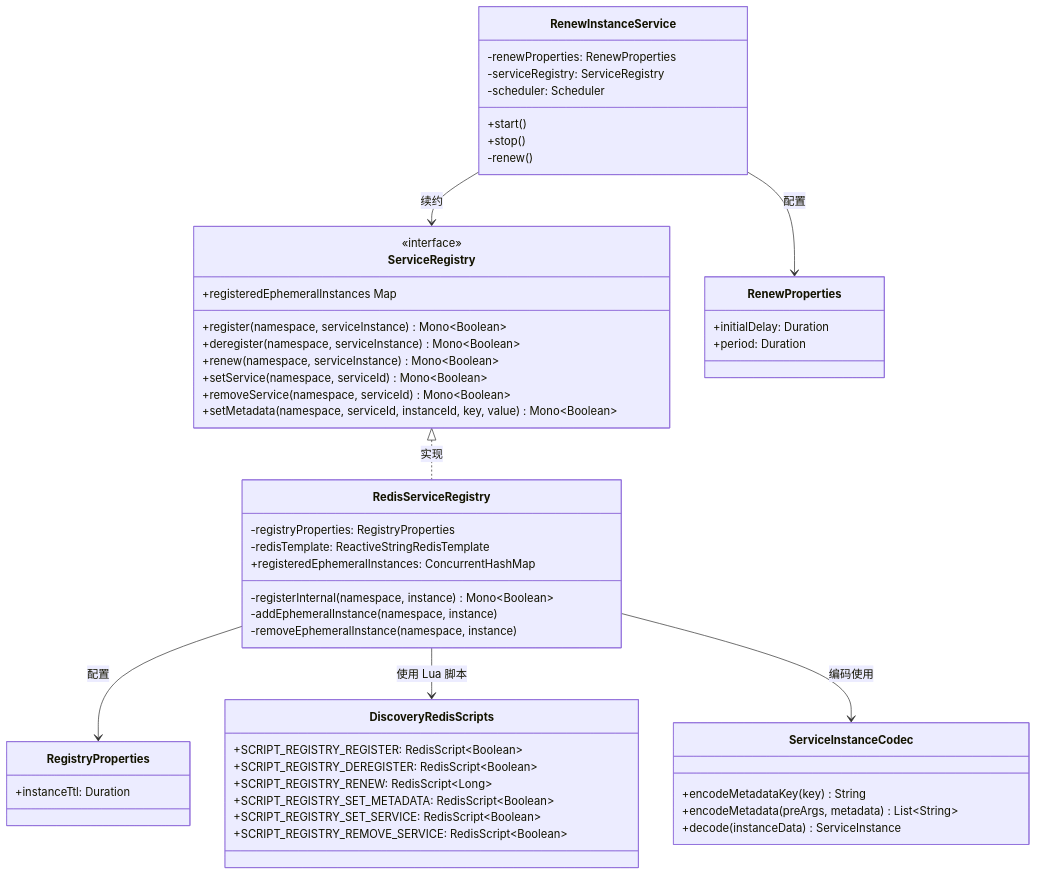
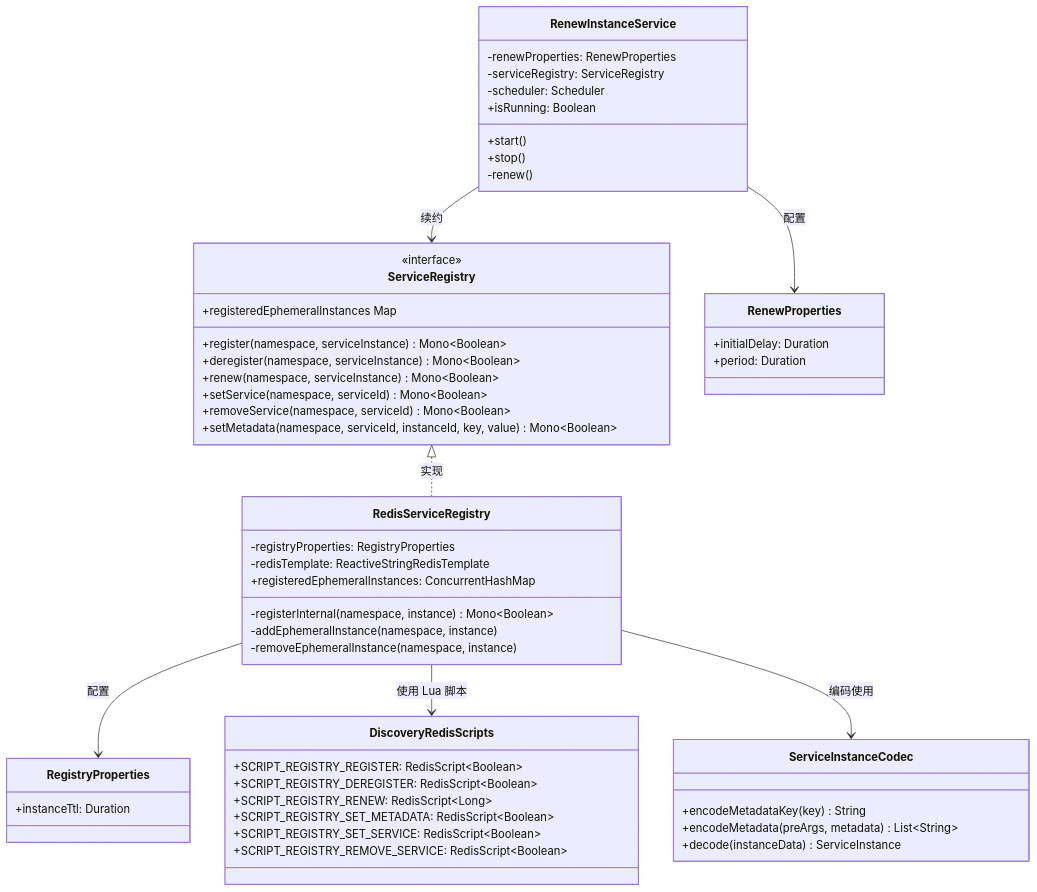
Before and after one commit to Ahoo-Wang/CoSky: the fourth of 4 diagrams in wiki/zh/guide/service-registry.md, drawn with Mermaid. The commit also changed other lines of this file and 201 other files, not shown here.

First line of the commit message:
Architecture & quality overhaul: consistent caches, Lua modularization, expiry reaping, security hardening (#985)

````diff
--- a/wiki/zh/guide/service-registry.md
+++ b/wiki/zh/guide/service-registry.md
@@ -222,56 +247,57 @@
 ```mermaid
 classDiagram
     class ServiceRegistry {
         <<interface>>
         +register(namespace, serviceInstance) Mono~Boolean~
         +deregister(namespace, serviceInstance) Mono~Boolean~
         +renew(namespace, serviceInstance) Mono~Boolean~
         +setService(namespace, serviceId) Mono~Boolean~
         +removeService(namespace, serviceId) Mono~Boolean~
         +setMetadata(namespace, serviceId, instanceId, key, value) Mono~Boolean~
         +registeredEphemeralInstances Map
     }
     class RedisServiceRegistry {
         -registryProperties: RegistryProperties
         -redisTemplate: ReactiveStringRedisTemplate
         +registeredEphemeralInstances: ConcurrentHashMap
         -registerInternal(namespace, instance) Mono~Boolean~
         -addEphemeralInstance(namespace, instance)
         -removeEphemeralInstance(namespace, instance)
     }
     class RegistryProperties {
         +instanceTtl: Duration
     }
     class RenewProperties {
         +initialDelay: Duration
         +period: Duration
     }
     class RenewInstanceService {
         -renewProperties: RenewProperties
         -serviceRegistry: ServiceRegistry
         -scheduler: Scheduler
+        +isRunning: Boolean
         +start()
         +stop()
         -renew()
     }
     class DiscoveryRedisScripts {
         +SCRIPT_REGISTRY_REGISTER: RedisScript~Boolean~
         +SCRIPT_REGISTRY_DEREGISTER: RedisScript~Boolean~
         +SCRIPT_REGISTRY_RENEW: RedisScript~Long~
         +SCRIPT_REGISTRY_SET_METADATA: RedisScript~Boolean~
         +SCRIPT_REGISTRY_SET_SERVICE: RedisScript~Boolean~
         +SCRIPT_REGISTRY_REMOVE_SERVICE: RedisScript~Boolean~
     }
     class ServiceInstanceCodec {
         +encodeMetadataKey(key) String
         +encodeMetadata(preArgs, metadata) List~String~
         +decode(instanceData) ServiceInstance
     }
 
     ServiceRegistry <|.. RedisServiceRegistry : 实现
     RedisServiceRegistry --> RegistryProperties : 配置
     RedisServiceRegistry --> DiscoveryRedisScripts : 使用 Lua 脚本
     RedisServiceRegistry --> ServiceInstanceCodec : 编码使用
     RenewInstanceService --> ServiceRegistry : 续约
     RenewInstanceService --> RenewProperties : 配置
 ```
````
